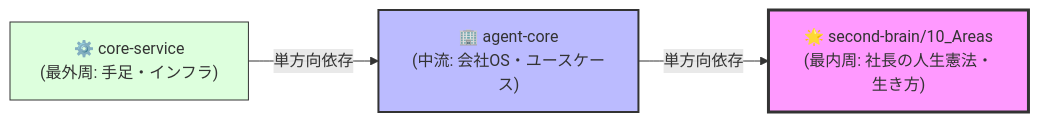
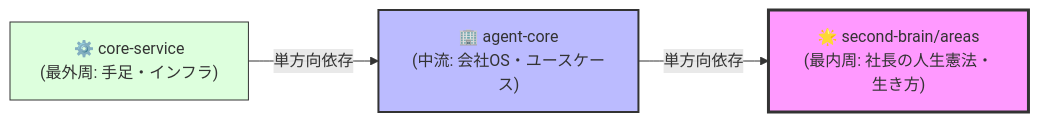
The second of 3 diagrams in docs/architecture.md (shoheiHasegawa/agent-core), drawn with Mermaid before and after one commit. The commit also changed other lines of this file and 5 other files, not shown here.

Commit message:
feat(governance): update second-brain paths to 7 directories, add cli targets and hooks, and revise [PREC-06] (#40)

````diff
--- a/docs/architecture.md
+++ b/docs/architecture.md
@@ -67,9 +67,9 @@
 ```mermaid
 flowchart LR
     CS["⚙️ core-service<br/>(最外周: 手足・インフラ)"] -->|"単方向依存"| AC["🏢 agent-core<br/>(中流: 会社OS・ユースケース)"]
-    AC -->|"単方向依存"| SB["🌟 second-brain/10_Areas<br/>(最内周: 社長の人生憲法・生き方)"]
+    AC -->|"単方向依存"| SB["🌟 second-brain/areas<br/>(最内周: 社長の人生憲法・生き方)"]
 
     style SB fill:#f9f,stroke:#333,stroke-width:3px
     style AC fill:#bbf,stroke:#333,stroke-width:2px
     style CS fill:#dfd,stroke:#333,stroke-width:1px
 ```
````
